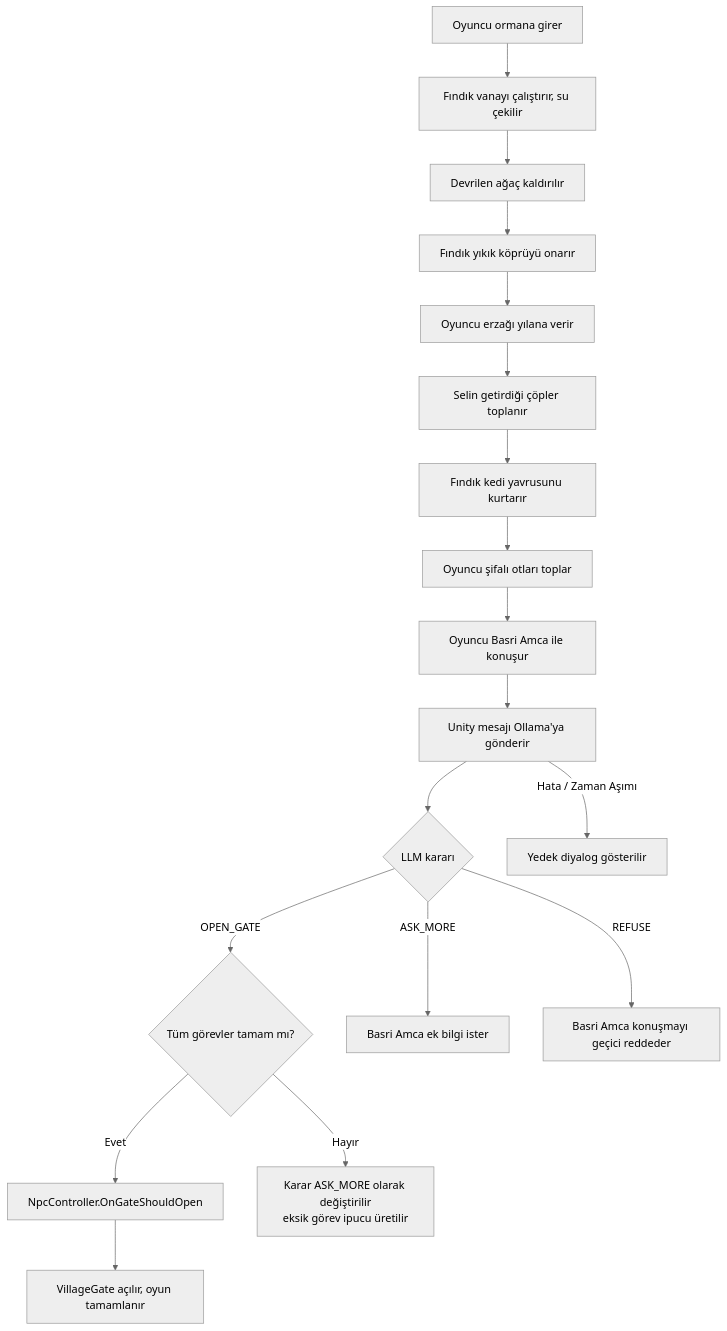
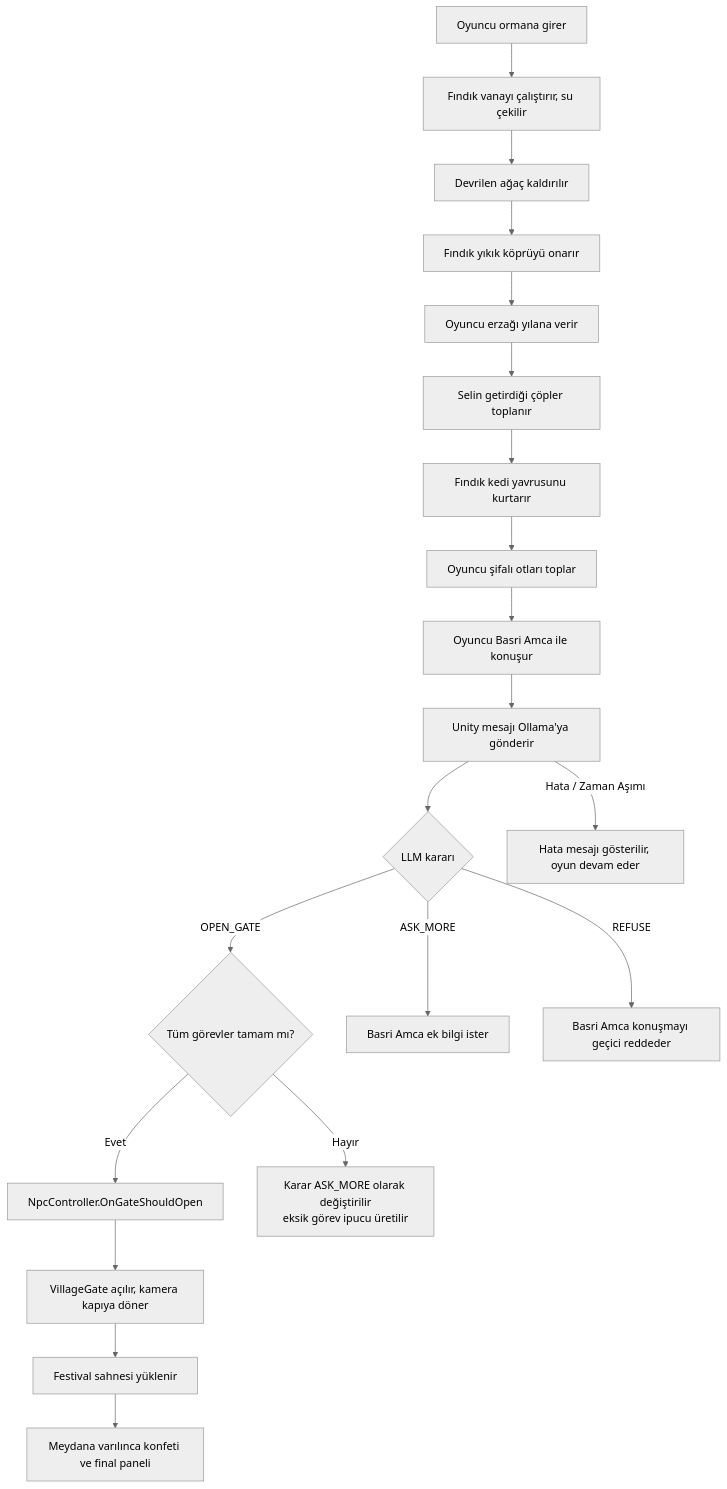
One commit to arihatice92-lab/Kucuk-Otaci changed the second of 5 diagrams in README.md. Above: the diagram before and after it, drawn with Mermaid (neutral theme). The commit also changed other lines of this file and 15 other files, not shown here.

````diff
--- a/README.md
+++ b/README.md
@@ -137,20 +195,22 @@
 ```mermaid
 flowchart TD
     A["Oyuncu ormana girer"] --> B["Fındık vanayı çalıştırır, su çekilir"]
     B --> C["Devrilen ağaç kaldırılır"]
     C --> D["Fındık yıkık köprüyü onarır"]
     D --> E["Oyuncu erzağı yılana verir"]
     E --> F["Selin getirdiği çöpler toplanır"]
     F --> F2["Fındık kedi yavrusunu kurtarır"]
     F2 --> G["Oyuncu şifalı otları toplar"]
     G --> H["Oyuncu Basri Amca ile konuşur"]
     H --> I["Unity mesajı Ollama'ya gönderir"]
     I --> J{"LLM kararı"}
     J -->|"OPEN_GATE"| K{"Tüm görevler tamam mı?"}
     K -->|"Evet"| L["NpcController.OnGateShouldOpen"]
-    L --> M["VillageGate açılır, oyun tamamlanır"]
+    L --> M["VillageGate açılır, kamera kapıya döner"]
+    M --> M2["Festival sahnesi yüklenir"]
+    M2 --> M3["Meydana varılınca konfeti ve final paneli"]
     K -->|"Hayır"| N["Karar ASK_MORE olarak değiştirilir<br/>eksik görev ipucu üretilir"]
     J -->|"ASK_MORE"| O["Basri Amca ek bilgi ister"]
     J -->|"REFUSE"| R["Basri Amca konuşmayı geçici reddeder"]
-    I -->|"Hata / Zaman Aşımı"| P["Yedek diyalog gösterilir"]
+    I -->|"Hata / Zaman Aşımı"| P["Hata mesajı gösterilir, oyun devam eder"]
 ```
````
